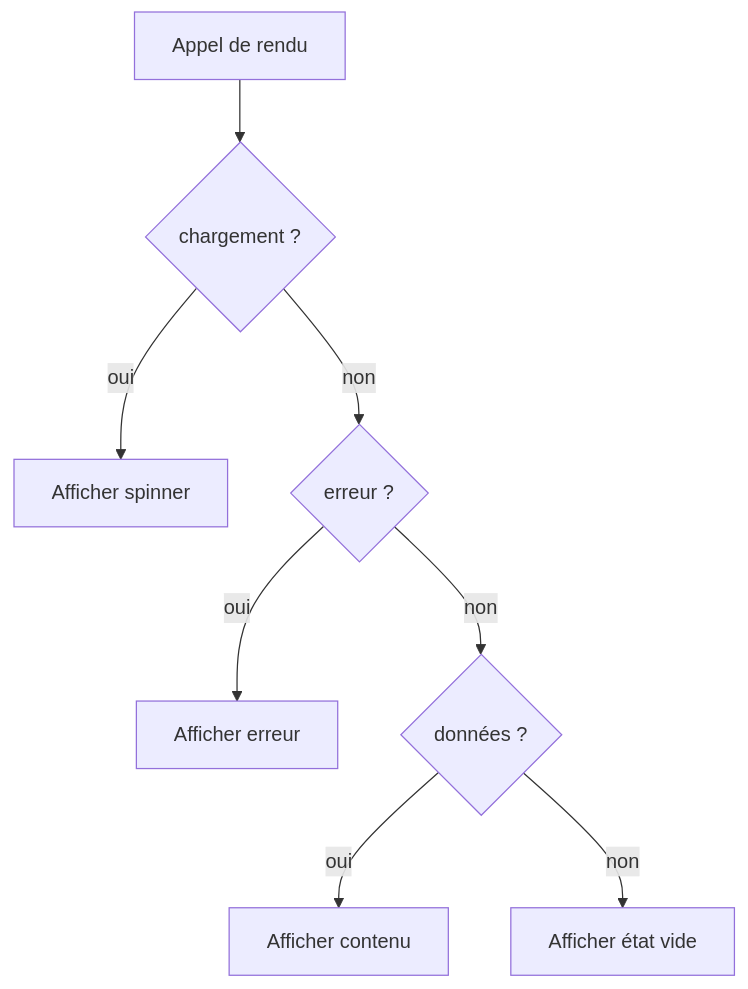
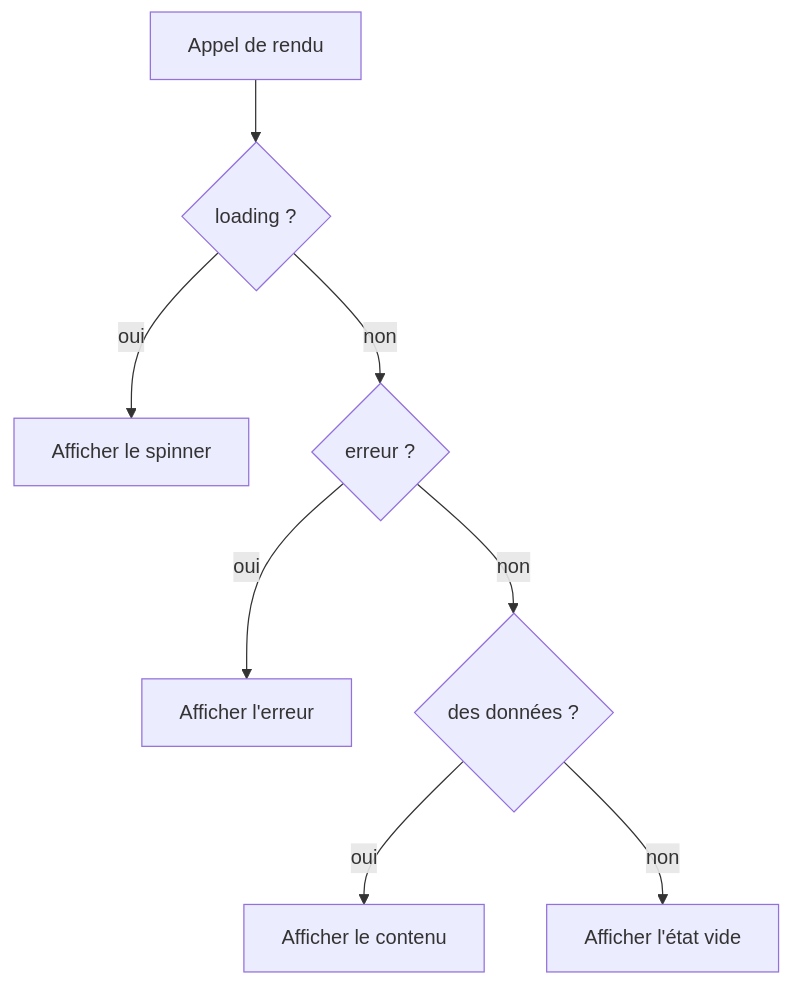
One commit to BabaScience/react-guides changed the eighth of 10 diagrams in arguments/chapters/fr/01-fundamentals.md. Above: the diagram before and after it, drawn with Mermaid. The commit also changed other lines of this file and 46 other files, not shown here.

````diff
--- a/arguments/chapters/fr/01-fundamentals.md
+++ b/arguments/chapters/fr/01-fundamentals.md
@@ -271,10 +902,10 @@
 ```mermaid
 graph TD
-    Start[Appel de rendu] --> Q1{chargement ?}
-    Q1 -->|oui| Spinner[Afficher spinner]
+    Start[Appel de rendu] --> Q1{loading ?}
+    Q1 -->|oui| Spinner[Afficher le spinner]
     Q1 -->|non| Q2{erreur ?}
-    Q2 -->|oui| ErrorMsg[Afficher erreur]
-    Q2 -->|non| Q3{données ?}
-    Q3 -->|oui| Content[Afficher contenu]
-    Q3 -->|non| Empty[Afficher état vide]
+    Q2 -->|oui| ErrorMsg[Afficher l'erreur]
+    Q2 -->|non| Q3{des données ?}
+    Q3 -->|oui| Content[Afficher le contenu]
+    Q3 -->|non| Empty[Afficher l'état vide]
 ```
````
